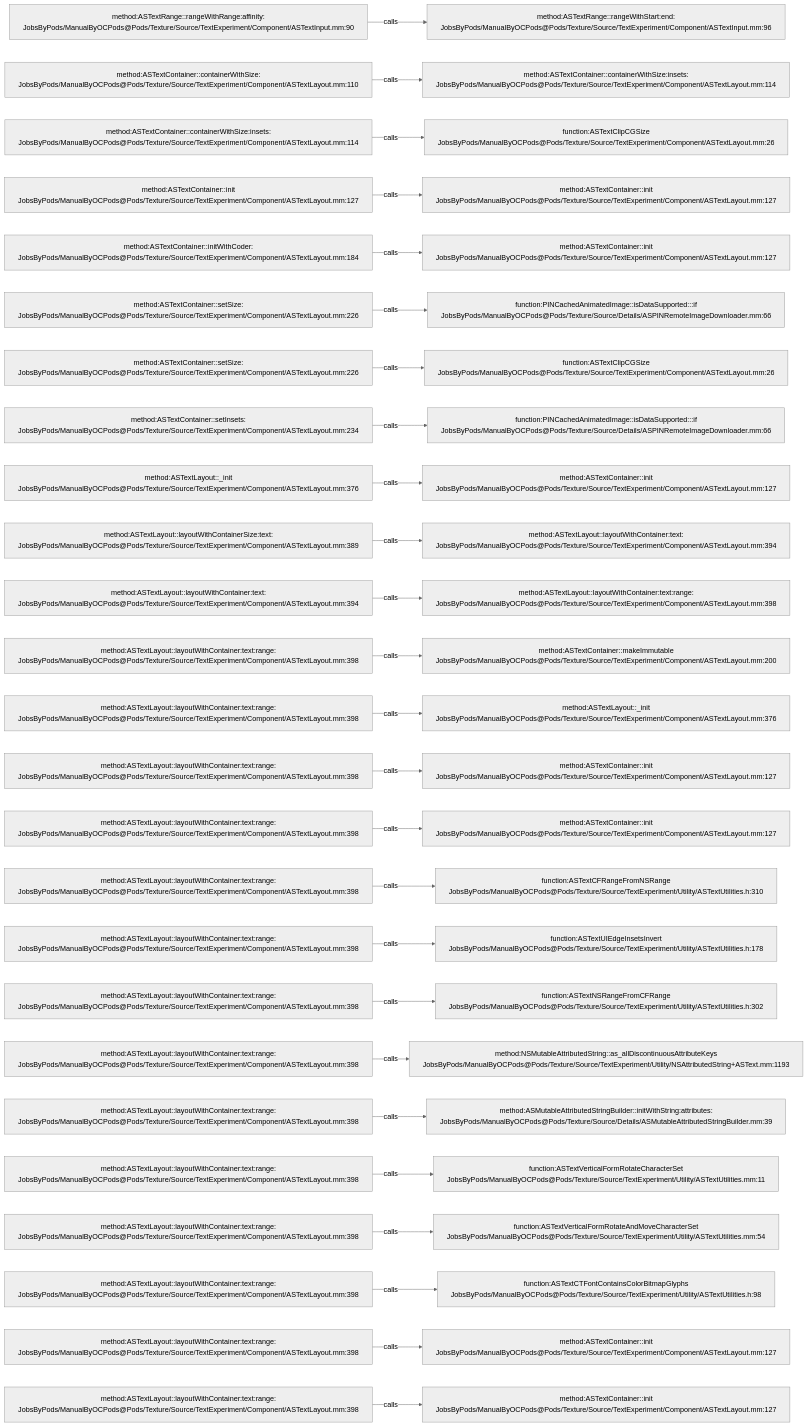
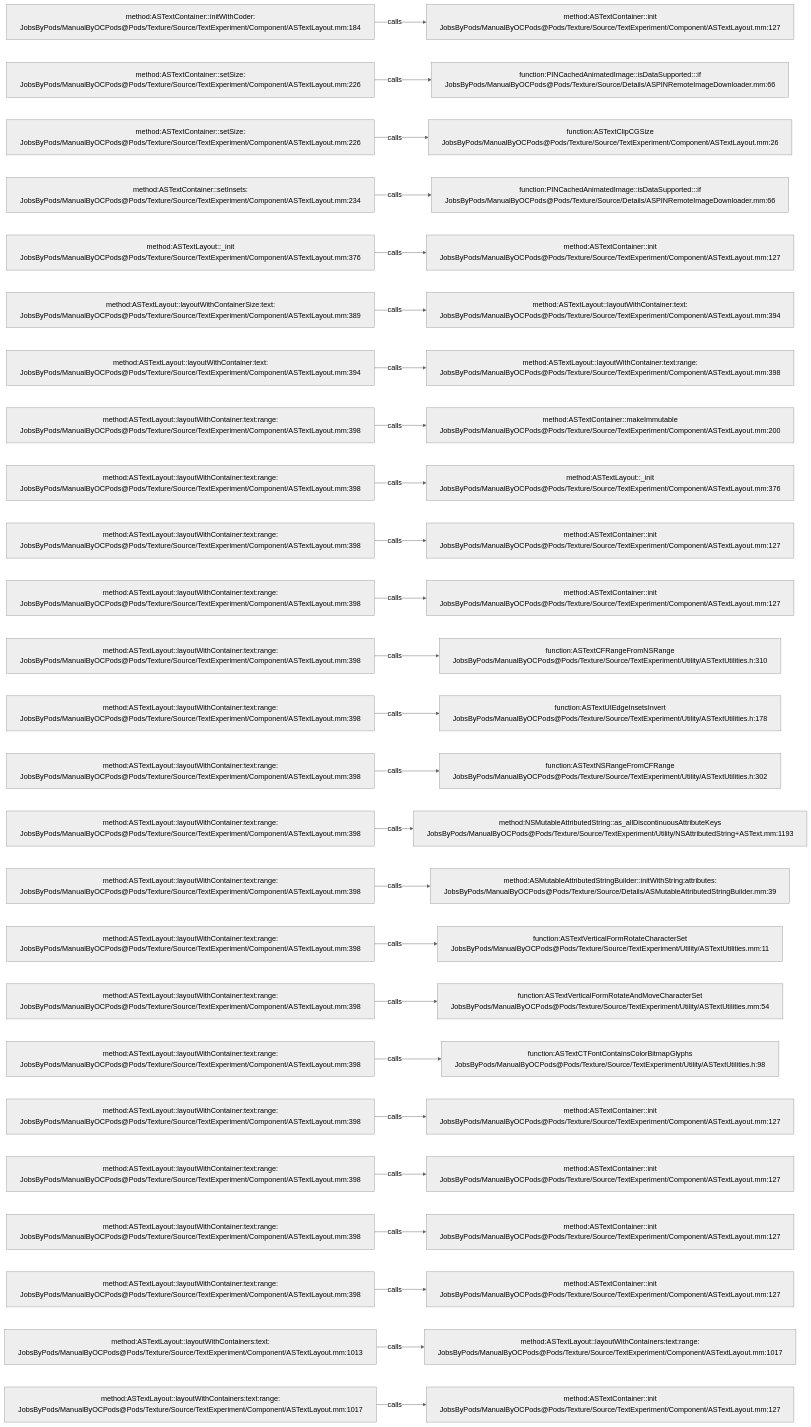
Before and after one commit to JobsKits/JobsOCBaseConfigDemo: the diagram in .codegraph/codegraph.md/graphs/calls-199.md, drawn with Mermaid (neutral theme). The commit also changed 727 other files, not shown here.

````diff
--- a/.codegraph/codegraph.md/graphs/calls-199.md
+++ b/.codegraph/codegraph.md/graphs/calls-199.md
@@ -13,78 +13,78 @@
 ```mermaid
 flowchart LR
-  S1["method:ASTextRange::rangeWithRange:affinity:<br/>JobsByPods/ManualByOCPods@Pods/Texture/Source/TextExperiment/Component/ASTextInput.mm:90"]
-  T1["method:ASTextRange::rangeWithStart:end:<br/>JobsByPods/ManualByOCPods@Pods/Texture/Source/TextExperiment/Component/ASTextInput.mm:96"]
+  S1["method:ASTextContainer::initWithCoder:<br/>JobsByPods/ManualByOCPods@Pods/Texture/Source/TextExperiment/Component/ASTextLayout.mm:184"]
+  T1["method:ASTextContainer::init<br/>JobsByPods/ManualByOCPods@Pods/Texture/Source/TextExperiment/Component/ASTextLayout.mm:127"]
   S1 -->|calls| T1
-  S2["method:ASTextContainer::containerWithSize:<br/>JobsByPods/ManualByOCPods@Pods/Texture/Source/TextExperiment/Component/ASTextLayout.mm:110"]
-  T2["method:ASTextContainer::containerWithSize:insets:<br/>JobsByPods/ManualByOCPods@Pods/Texture/Source/TextExperiment/Component/ASTextLayout.mm:114"]
+  S2["method:ASTextContainer::setSize:<br/>JobsByPods/ManualByOCPods@Pods/Texture/Source/TextExperiment/Component/ASTextLayout.mm:226"]
+  T2["function:PINCachedAnimatedImage::isDataSupported:::if<br/>JobsByPods/ManualByOCPods@Pods/Texture/Source/Details/ASPINRemoteImageDownloader.mm:66"]
   S2 -->|calls| T2
-  S3["method:ASTextContainer::containerWithSize:insets:<br/>JobsByPods/ManualByOCPods@Pods/Texture/Source/TextExperiment/Component/ASTextLayout.mm:114"]
+  S3["method:ASTextContainer::setSize:<br/>JobsByPods/ManualByOCPods@Pods/Texture/Source/TextExperiment/Component/ASTextLayout.mm:226"]
   T3["function:ASTextClipCGSize<br/>JobsByPods/ManualByOCPods@Pods/Texture/Source/TextExperiment/Component/ASTextLayout.mm:26"]
   S3 -->|calls| T3
-  S4["method:ASTextContainer::init<br/>JobsByPods/ManualByOCPods@Pods/Texture/Source/TextExperiment/Component/ASTextLayout.mm:127"]
-  T4["method:ASTextContainer::init<br/>JobsByPods/ManualByOCPods@Pods/Texture/Source/TextExperiment/Component/ASTextLayout.mm:127"]
+  S4["method:ASTextContainer::setInsets:<br/>JobsByPods/ManualByOCPods@Pods/Texture/Source/TextExperiment/Component/ASTextLayout.mm:234"]
+  T4["function:PINCachedAnimatedImage::isDataSupported:::if<br/>JobsByPods/ManualByOCPods@Pods/Texture/Source/Details/ASPINRemoteImageDownloader.mm:66"]
   S4 -->|calls| T4
-  S5["method:ASTextContainer::initWithCoder:<br/>JobsByPods/ManualByOCPods@Pods/Texture/Source/TextExperiment/Component/ASTextLayout.mm:184"]
+  S5["method:ASTextLayout::_init<br/>JobsByPods/ManualByOCPods@Pods/Texture/Source/TextExperiment/Component/ASTextLayout.mm:376"]
   T5["method:ASTextContainer::init<br/>JobsByPods/ManualByOCPods@Pods/Texture/Source/TextExperiment/Component/ASTextLayout.mm:127"]
   S5 -->|calls| T5
-  S6["method:ASTextContainer::setSize:<br/>JobsByPods/ManualByOCPods@Pods/Texture/Source/TextExperiment/Component/ASTextLayout.mm:226"]
-  T6["function:PINCachedAnimatedImage::isDataSupported:::if<br/>JobsByPods/ManualByOCPods@Pods/Texture/Source/Details/ASPINRemoteImageDownloader.mm:66"]
+  S6["method:ASTextLayout::layoutWithContainerSize:text:<br/>JobsByPods/ManualByOCPods@Pods/Texture/Source/TextExperiment/Component/ASTextLayout.mm:389"]
+  T6["method:ASTextLayout::layoutWithContainer:text:<br/>JobsByPods/ManualByOCPods@Pods/Texture/Source/TextExperiment/Component/ASTextLayout.mm:394"]
   S6 -->|calls| T6
-  S7["method:ASTextContainer::setSize:<br/>JobsByPods/ManualByOCPods@Pods/Texture/Source/TextExperiment/Component/ASTextLayout.mm:226"]
-  T7["function:ASTextClipCGSize<br/>JobsByPods/ManualByOCPods@Pods/Texture/Source/TextExperiment/Component/ASTextLayout.mm:26"]
+  S7["method:ASTextLayout::layoutWithContainer:text:<br/>JobsByPods/ManualByOCPods@Pods/Texture/Source/TextExperiment/Component/ASTextLayout.mm:394"]
+  T7["method:ASTextLayout::layoutWithContainer:text:range:<br/>JobsByPods/ManualByOCPods@Pods/Texture/Source/TextExperiment/Component/ASTextLayout.mm:398"]
   S7 -->|calls| T7
-  S8["method:ASTextContainer::setInsets:<br/>JobsByPods/ManualByOCPods@Pods/Texture/Source/TextExperiment/Component/ASTextLayout.mm:234"]
-  T8["function:PINCachedAnimatedImage::isDataSupported:::if<br/>JobsByPods/ManualByOCPods@Pods/Texture/Source/Details/ASPINRemoteImageDownloader.mm:66"]
+  S8["method:ASTextLayout::layoutWithContainer:text:range:<br/>JobsByPods/ManualByOCPods@Pods/Texture/Source/TextExperiment/Component/ASTextLayout.mm:398"]
+  T8["method:ASTextContainer::makeImmutable<br/>JobsByPods/ManualByOCPods@Pods/Texture/Source/TextExperiment/Component/ASTextLayout.mm:200"]
   S8 -->|calls| T8
-  S9["method:ASTextLayout::_init<br/>JobsByPods/ManualByOCPods@Pods/Texture/Source/TextExperiment/Component/ASTextLayout.mm:376"]
-  T9["method:ASTextContainer::init<br/>JobsByPods/ManualByOCPods@Pods/Texture/Source/TextExperiment/Component/ASTextLayout.mm:127"]
+  S9["method:ASTextLayout::layoutWithContainer:text:range:<br/>JobsByPods/ManualByOCPods@Pods/Texture/Source/TextExperiment/Component/ASTextLayout.mm:398"]
+  T9["method:ASTextLayout::_init<br/>JobsByPods/ManualByOCPods@Pods/Texture/Source/TextExperiment/Component/ASTextLayout.mm:376"]
   S9 -->|calls| T9
-  S10["method:ASTextLayout::layoutWithContainerSize:text:<br/>JobsByPods/ManualByOCPods@Pods/Texture/Source/TextExperiment/Component/ASTextLayout.mm:389"]
-  T10["method:ASTextLayout::layoutWithContainer:text:<br/>JobsByPods/ManualByOCPods@Pods/Texture/Source/TextExperiment/Component/ASTextLayout.mm:394"]
+  S10["method:ASTextLayout::layoutWithContainer:text:range:<br/>JobsByPods/ManualByOCPods@Pods/Texture/Source/TextExperiment/Component/ASTextLayout.mm:398"]
+  T10["method:ASTextContainer::init<br/>JobsByPods/ManualByOCPods@Pods/Texture/Source/TextExperiment/Component/ASTextLayout.mm:127"]
   S10 -->|calls| T10
-  S11["method:ASTextLayout::layoutWithContainer:text:<br/>JobsByPods/ManualByOCPods@Pods/Texture/Source/TextExperiment/Component/ASTextLayout.mm:394"]
-  T11["method:ASTextLayout::layoutWithContainer:text:range:<br/>JobsByPods/ManualByOCPods@Pods/Texture/Source/TextExperiment/Component/ASTextLayout.mm:398"]
+  S11["method:ASTextLayout::layoutWithContainer:text:range:<br/>JobsByPods/ManualByOCPods@Pods/Texture/Source/TextExperiment/Component/ASTextLayout.mm:398"]
+  T11["method:ASTextContainer::init<br/>JobsByPods/ManualByOCPods@Pods/Texture/Source/TextExperiment/Component/ASTextLayout.mm:127"]
   S11 -->|calls| T11
   S12["method:ASTextLayout::layoutWithContainer:text:range:<br/>JobsByPods/ManualByOCPods@Pods/Texture/Source/TextExperiment/Component/ASTextLayout.mm:398"]
-  T12["method:ASTextContainer::makeImmutable<br/>JobsByPods/ManualByOCPods@Pods/Texture/Source/TextExperiment/Component/ASTextLayout.mm:200"]
+  T12["function:ASTextCFRangeFromNSRange<br/>JobsByPods/ManualByOCPods@Pods/Texture/Source/TextExperiment/Utility/ASTextUtilities.h:310"]
   S12 -->|calls| T12
   S13["method:ASTextLayout::layoutWithContainer:text:range:<br/>JobsByPods/ManualByOCPods@Pods/Texture/Source/TextExperiment/Component/ASTextLayout.mm:398"]
-  T13["method:ASTextLayout::_init<br/>JobsByPods/ManualByOCPods@Pods/Texture/Source/TextExperiment/Component/ASTextLayout.mm:376"]
+  T13["function:ASTextUIEdgeInsetsInvert<br/>JobsByPods/ManualByOCPods@Pods/Texture/Source/TextExperiment/Utility/ASTextUtilities.h:178"]
   S13 -->|calls| T13
   S14["method:ASTextLayout::layoutWithContainer:text:range:<br/>JobsByPods/ManualByOCPods@Pods/Texture/Source/TextExperiment/Component/ASTextLayout.mm:398"]
-  T14["method:ASTextContainer::init<br/>JobsByPods/ManualByOCPods@Pods/Texture/Source/TextExperiment/Component/ASTextLayout.mm:127"]
+  T14["function:ASTextNSRangeFromCFRange<br/>JobsByPods/ManualByOCPods@Pods/Texture/Source/TextExperiment/Utility/ASTextUtilities.h:302"]
   S14 -->|calls| T14
   S15["method:ASTextLayout::layoutWithContainer:text:range:<br/>JobsByPods/ManualByOCPods@Pods/Texture/Source/TextExperiment/Component/ASTextLayout.mm:398"]
-  T15["method:ASTextContainer::init<br/>JobsByPods/ManualByOCPods@Pods/Texture/Source/TextExperiment/Component/ASTextLayout.mm:127"]
+  T15["method:NSMutableAttributedString::as_allDiscontinuousAttributeKeys<br/>JobsByPods/ManualByOCPods@Pods/Texture/Source/TextExperiment/Utility/NSAttributedString+ASText.mm:1193"]
   S15 -->|calls| T15
   S16["method:ASTextLayout::layoutWithContainer:text:range:<br/>JobsByPods/ManualByOCPods@Pods/Texture/Source/TextExperiment/Component/ASTextLayout.mm:398"]
-  T16["function:ASTextCFRangeFromNSRange<br/>JobsByPods/ManualByOCPods@Pods/Texture/Source/TextExperiment/Utility/ASTextUtilities.h:310"]
+  T16["method:ASMutableAttributedStringBuilder::initWithString:attributes:<br/>JobsByPods/ManualByOCPods@Pods/Texture/Source/Details/ASMutableAttributedStringBuilder.mm:39"]
   S16 -->|calls| T16
   S17["method:ASTextLayout::layoutWithContainer:text:range:<br/>JobsByPods/ManualByOCPods@Pods/Texture/Source/TextExperiment/Component/ASTextLayout.mm:398"]
-  T17["function:ASTextUIEdgeInsetsInvert<br/>JobsByPods/ManualByOCPods@Pods/Texture/Source/TextExperiment/Utility/ASTextUtilities.h:178"]
+  T17["function:ASTextVerticalFormRotateCharacterSet<br/>JobsByPods/ManualByOCPods@Pods/Texture/Source/TextExperiment/Utility/ASTextUtilities.mm:11"]
   S17 -->|calls| T17
   S18["method:ASTextLayout::layoutWithContainer:text:range:<br/>JobsByPods/ManualByOCPods@Pods/Texture/Source/TextExperiment/Component/ASTextLayout.mm:398"]
-  T18["function:ASTextNSRangeFromCFRange<br/>JobsByPods/ManualByOCPods@Pods/Texture/Source/TextExperiment/Utility/ASTextUtilities.h:302"]
+  T18["function:ASTextVerticalFormRotateAndMoveCharacterSet<br/>JobsByPods/ManualByOCPods@Pods/Texture/Source/TextExperiment/Utility/ASTextUtilities.mm:54"]
   S18 -->|calls| T18
   S19["method:ASTextLayout::layoutWithContainer:text:range:<br/>JobsByPods/ManualByOCPods@Pods/Texture/Source/TextExperiment/Component/ASTextLayout.mm:398"]
-  T19["method:NSMutableAttributedString::as_allDiscontinuousAttributeKeys<br/>JobsByPods/ManualByOCPods@Pods/Texture/Source/TextExperiment/Utility/NSAttributedString+ASText.mm:1193"]
+  T19["function:ASTextCTFontContainsColorBitmapGlyphs<br/>JobsByPods/ManualByOCPods@Pods/Texture/Source/TextExperiment/Utility/ASTextUtilities.h:98"]
   S19 -->|calls| T19
   S20["method:ASTextLayout::layoutWithContainer:text:range:<br/>JobsByPods/ManualByOCPods@Pods/Texture/Source/TextExperiment/Component/ASTextLayout.mm:398"]
-  T20["method:ASMutableAttributedStringBuilder::initWithString:attributes:<br/>JobsByPods/ManualByOCPods@Pods/Texture/Source/Details/ASMutableAttributedStringBuilder.mm:39"]
+  T20["method:ASTextContainer::init<br/>JobsByPods/ManualByOCPods@Pods/Texture/Source/TextExperiment/Component/ASTextLayout.mm:127"]
   S20 -->|calls| T20
   S21["method:ASTextLayout::layoutWithContainer:text:range:<br/>JobsByPods/ManualByOCPods@Pods/Texture/Source/TextExperiment/Component/ASTextLayout.mm:398"]
-  T21["function:ASTextVerticalFormRotateCharacterSet<br/>JobsByPods/ManualByOCPods@Pods/Texture/Source/TextExperiment/Utility/ASTextUtilities.mm:11"]
+  T21["method:ASTextContainer::init<br/>JobsByPods/ManualByOCPods@Pods/Texture/Source/TextExperiment/Component/ASTextLayout.mm:127"]
   S21 -->|calls| T21
   S22["method:ASTextLayout::layoutWithContainer:text:range:<br/>JobsByPods/ManualByOCPods@Pods/Texture/Source/TextExperiment/Component/ASTextLayout.mm:398"]
-  T22["function:ASTextVerticalFormRotateAndMoveCharacterSet<br/>JobsByPods/ManualByOCPods@Pods/Texture/Source/TextExperiment/Utility/ASTextUtilities.mm:54"]
+  T22["method:ASTextContainer::init<br/>JobsByPods/ManualByOCPods@Pods/Texture/Source/TextExperiment/Component/ASTextLayout.mm:127"]
   S22 -->|calls| T22
   S23["method:ASTextLayout::layoutWithContainer:text:range:<br/>JobsByPods/ManualByOCPods@Pods/Texture/Source/TextExperiment/Component/ASTextLayout.mm:398"]
-  T23["function:ASTextCTFontContainsColorBitmapGlyphs<br/>JobsByPods/ManualByOCPods@Pods/Texture/Source/TextExperiment/Utility/ASTextUtilities.h:98"]
+  T23["method:ASTextContainer::init<br/>JobsByPods/ManualByOCPods@Pods/Texture/Source/TextExperiment/Component/ASTextLayout.mm:127"]
   S23 -->|calls| T23
-  S24["method:ASTextLayout::layoutWithContainer:text:range:<br/>JobsByPods/ManualByOCPods@Pods/Texture/Source/TextExperiment/Component/ASTextLayout.mm:398"]
-  T24["method:ASTextContainer::init<br/>JobsByPods/ManualByOCPods@Pods/Texture/Source/TextExperiment/Component/ASTextLayout.mm:127"]
+  S24["method:ASTextLayout::layoutWithContainers:text:<br/>JobsByPods/ManualByOCPods@Pods/Texture/Source/TextExperiment/Component/ASTextLayout.mm:1013"]
+  T24["method:ASTextLayout::layoutWithContainers:text:range:<br/>JobsByPods/ManualByOCPods@Pods/Texture/Source/TextExperiment/Component/ASTextLayout.mm:1017"]
   S24 -->|calls| T24
-  S25["method:ASTextLayout::layoutWithContainer:text:range:<br/>JobsByPods/ManualByOCPods@Pods/Texture/Source/TextExperiment/Component/ASTextLayout.mm:398"]
+  S25["method:ASTextLayout::layoutWithContainers:text:range:<br/>JobsByPods/ManualByOCPods@Pods/Texture/Source/TextExperiment/Component/ASTextLayout.mm:1017"]
   T25["method:ASTextContainer::init<br/>JobsByPods/ManualByOCPods@Pods/Texture/Source/TextExperiment/Component/ASTextLayout.mm:127"]
   S25 -->|calls| T25
 ```
````
